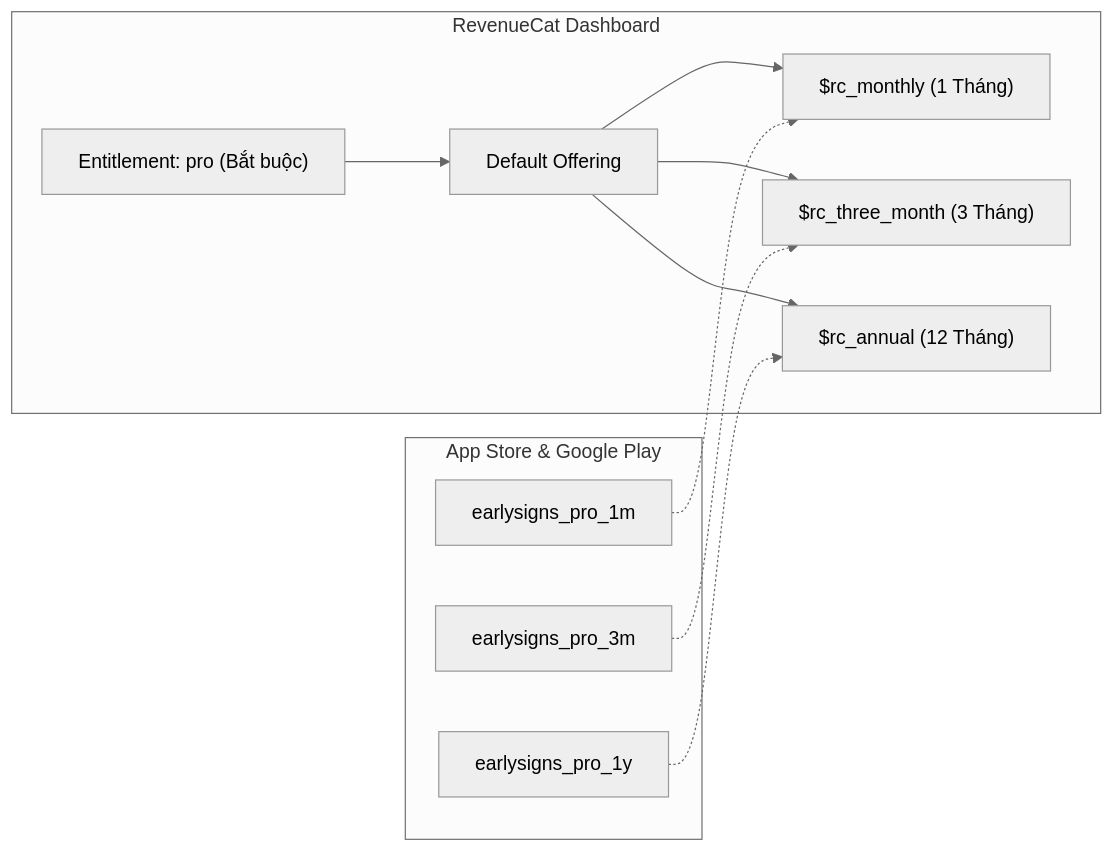
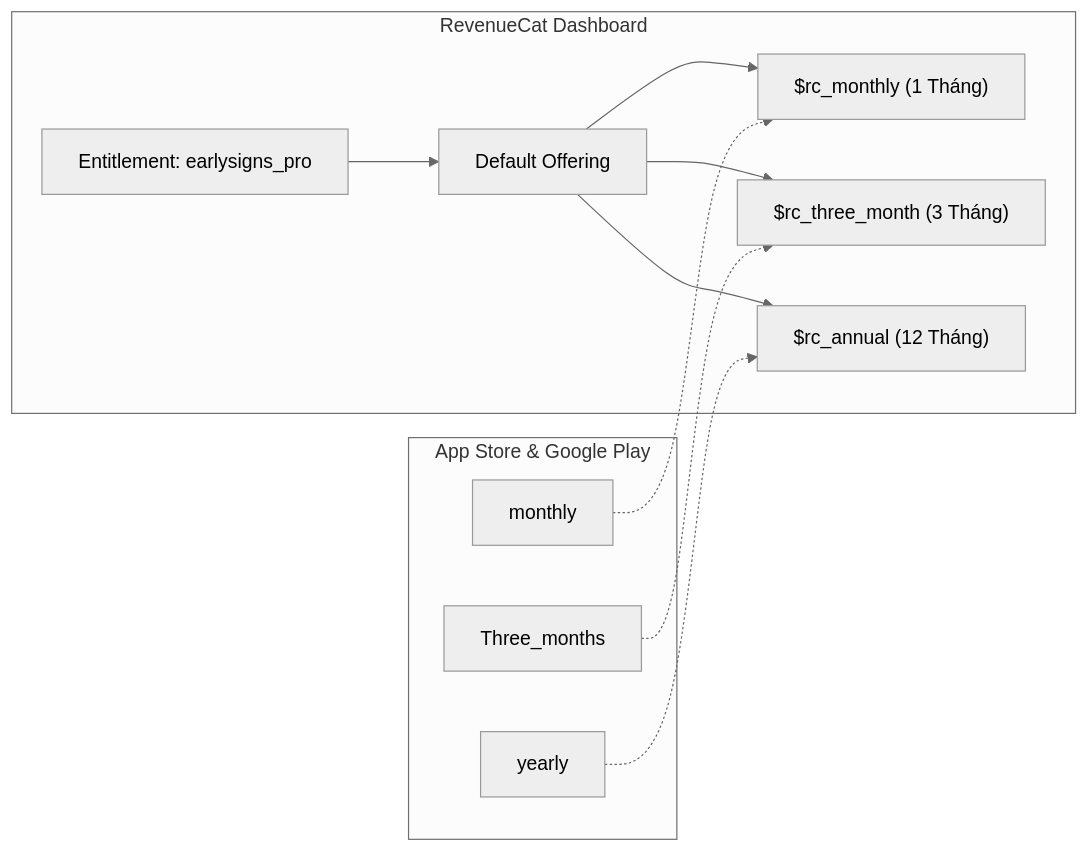
The diagram in HUONG-DAN-DANG-KY-REVENUECAT.md (phamkimkhuong/earlysigns_mobile), drawn with Mermaid (neutral theme) before and after one commit. The commit also changed other lines of this file and 14 other files, not shown here.

````diff
--- a/HUONG-DAN-DANG-KY-REVENUECAT.md
+++ b/HUONG-DAN-DANG-KY-REVENUECAT.md
@@ -153,15 +153,15 @@
 ```mermaid
 graph LR
     subgraph RevenueCat Dashboard
-        E["Entitlement: pro (Bắt buộc)"] --> OFF["Default Offering"]
+        E["Entitlement: earlysigns_pro"] --> OFF["Default Offering"]
         OFF --> PKG1["$rc_monthly (1 Tháng)"]
         OFF --> PKG2["$rc_three_month (3 Tháng)"]
         OFF --> PKG3["$rc_annual (12 Tháng)"]
     end
     
     subgraph App Store & Google Play
-        SP1["earlysigns_pro_1m"] -.-> PKG1
-        SP2["earlysigns_pro_3m"] -.-> PKG2
-        SP3["earlysigns_pro_1y"] -.-> PKG3
+        SP1["monthly"] -.-> PKG1
+        SP2["Three_months"] -.-> PKG2
+        SP3["yearly"] -.-> PKG3
     end
 ```
````
